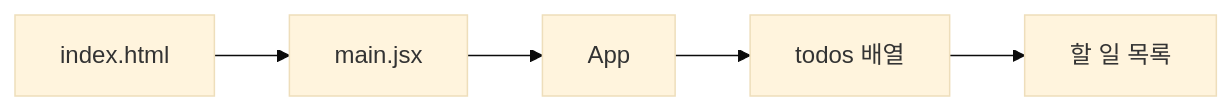
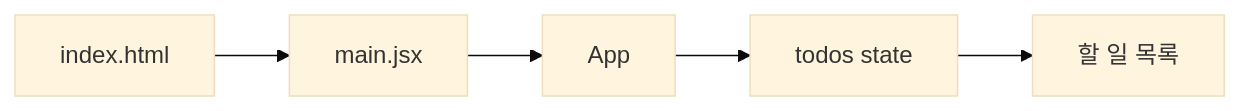
Before and after one commit to meta-agent-project/projectcode-agent: the first of 2 diagrams in .projectcode/wiki/scenarios.md, drawn with Mermaid (base theme). The commit also changed other lines of this file and 4 other files, not shown here.

````diff
--- a/.projectcode/wiki/scenarios.md
+++ b/.projectcode/wiki/scenarios.md
@@ -5,7 +5,7 @@
 ```mermaid
 flowchart LR
   A[index.html] --> B[main.jsx]
   B --> C[App]
-  C --> D[todos 배열]
+  C --> D[todos state]
   D --> E[할 일 목록]
 ```
````
